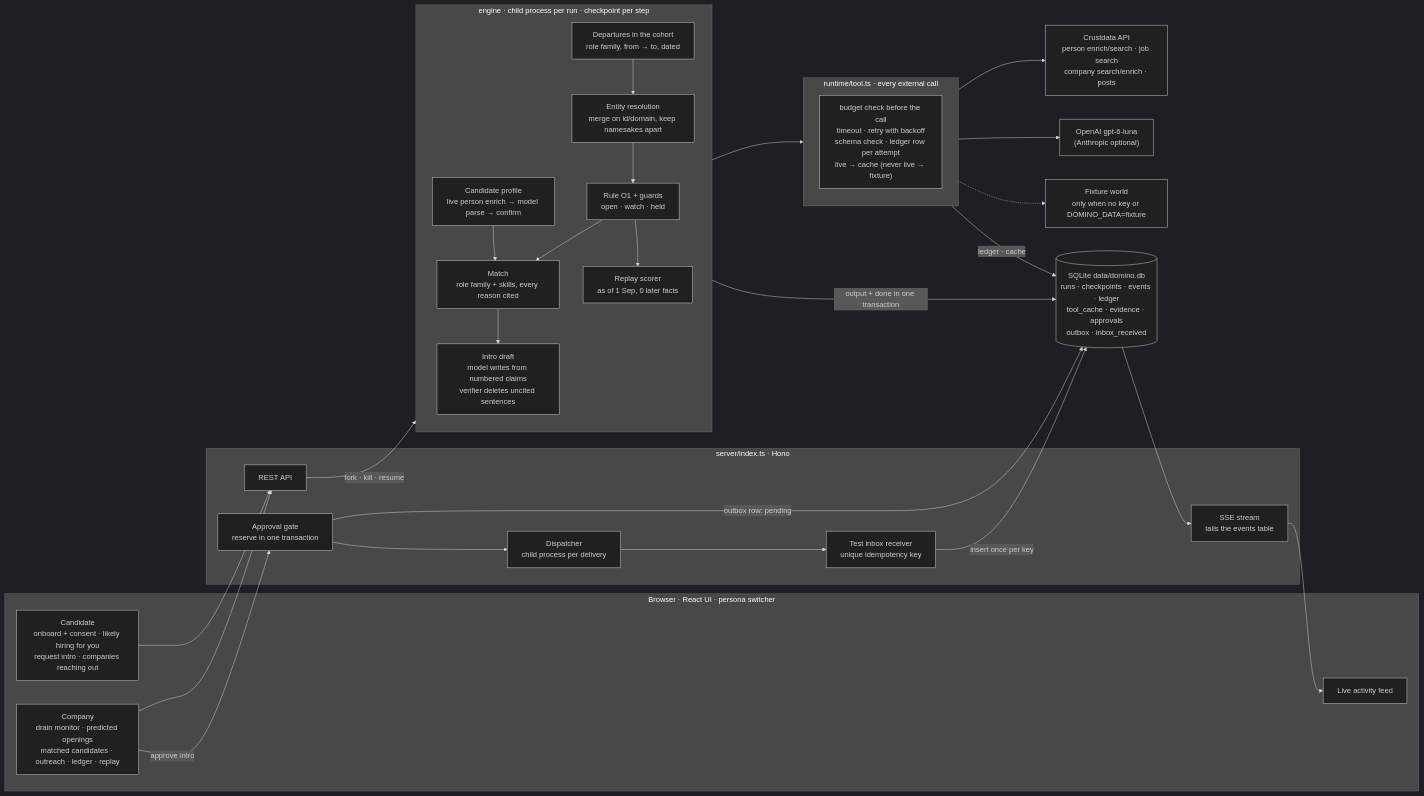
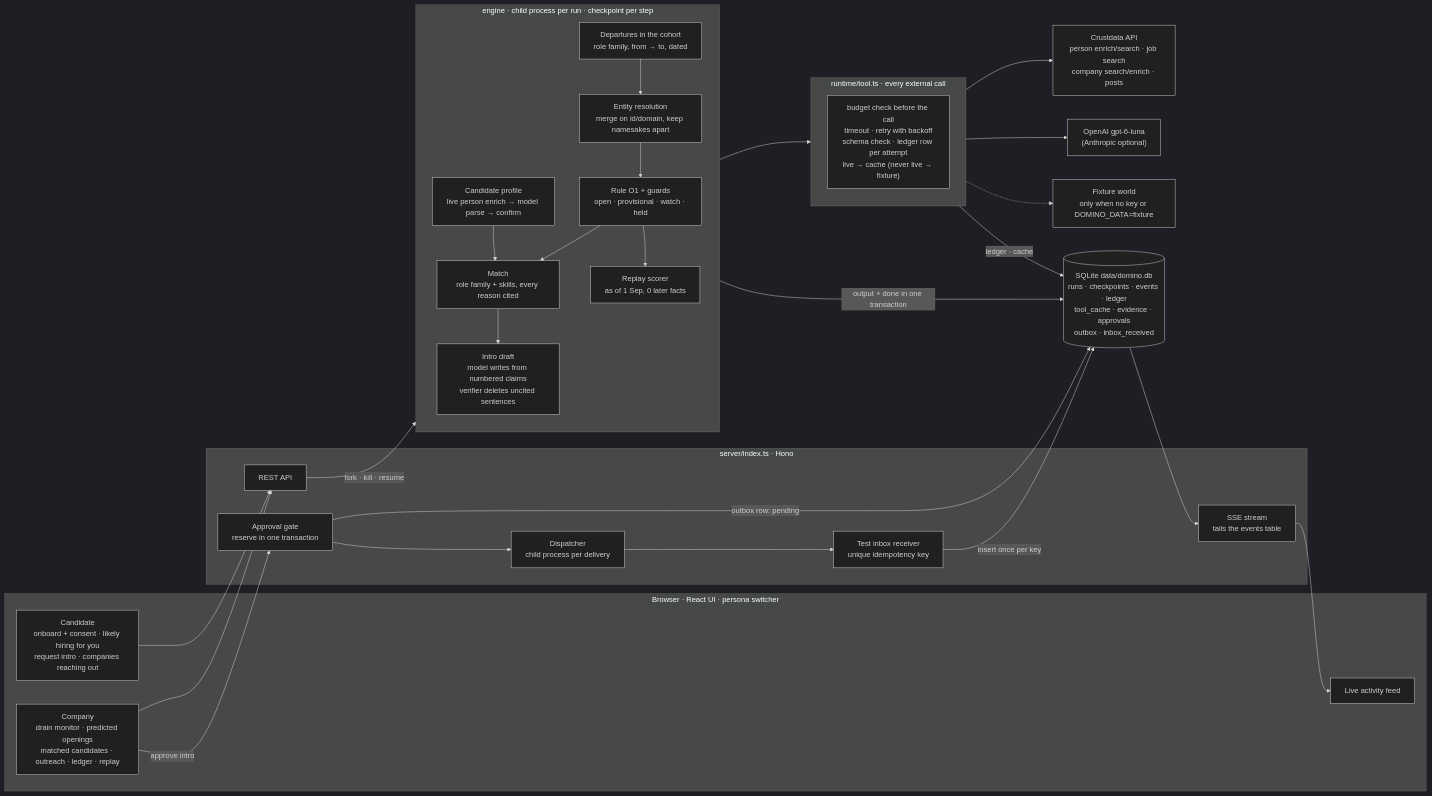
The diagram in docs/architecture.mmd (Begarudev/domino), drawn with Mermaid (dark theme) before and after one commit. The commit also changed 2 other files, not shown here.

Commit message:
README: month-level date precision as intervals, provisional openings with a closing date (refined 14:14 IST), early live reading for Abacus.AI

```diff
--- a/docs/architecture.mmd
+++ b/docs/architecture.mmd
@@ -1,52 +1,52 @@
 flowchart LR
   subgraph Browser["Browser · React UI · persona switcher"]
     CAND["Candidate<br/>onboard + consent · likely hiring for you<br/>request intro · companies reaching out"]
     COMP["Company<br/>drain monitor · predicted openings<br/>matched candidates · outreach · ledger · replay"]
     FEED["Live activity feed"]
   end
 
   subgraph Server["server/index.ts · Hono"]
     API["REST API"]
     SSE["SSE stream<br/>tails the events table"]
     GATE["Approval gate<br/>reserve in one transaction"]
     DISPATCH["Dispatcher<br/>child process per delivery"]
     INBOX["Test inbox receiver<br/>unique idempotency key"]
   end
 
   subgraph Engine["engine · child process per run · checkpoint per step"]
     direction TB
     P["Candidate profile<br/>live person enrich → model parse → confirm"]
     D["Departures in the cohort<br/>role family, from → to, dated"]
     R["Entity resolution<br/>merge on id/domain, keep namesakes apart"]
-    O["Rule O1 + guards<br/>open · watch · held"]
+    O["Rule O1 + guards<br/>open · provisional · watch · held"]
     M["Match<br/>role family + skills, every reason cited"]
     W["Intro draft<br/>model writes from numbered claims<br/>verifier deletes uncited sentences"]
     S["Replay scorer<br/>as of 1 Sep, 0 later facts"]
     P --> M
     D --> R --> O --> M --> W
     O --> S
   end
 
   subgraph Tool["runtime/tool.ts · every external call"]
     T["budget check before the call<br/>timeout · retry with backoff<br/>schema check · ledger row per attempt<br/>live → cache (never live → fixture)"]
   end
 
   DB[("SQLite data/domino.db<br/>runs · checkpoints · events · ledger<br/>tool_cache · evidence · approvals<br/>outbox · inbox_received")]
   CD["Crustdata API<br/>person enrich/search · job search<br/>company search/enrich · posts"]
   LLM["OpenAI gpt-6-luna<br/>(Anthropic optional)"]
   FX["Fixture world<br/>only when no key or DOMINO_DATA=fixture"]
 
   CAND --> API
   COMP --> API
   API -->|fork · kill · resume| Engine
   Engine --> Tool
   Tool --> CD
   Tool --> LLM
   Tool -.-> FX
   Engine -->|output + done in one transaction| DB
   Tool -->|ledger · cache| DB
   DB --> SSE --> FEED
   COMP -->|approve intro| GATE
   GATE -->|outbox row: pending| DB
   GATE --> DISPATCH --> INBOX
   INBOX -->|insert once per key| DB
```
